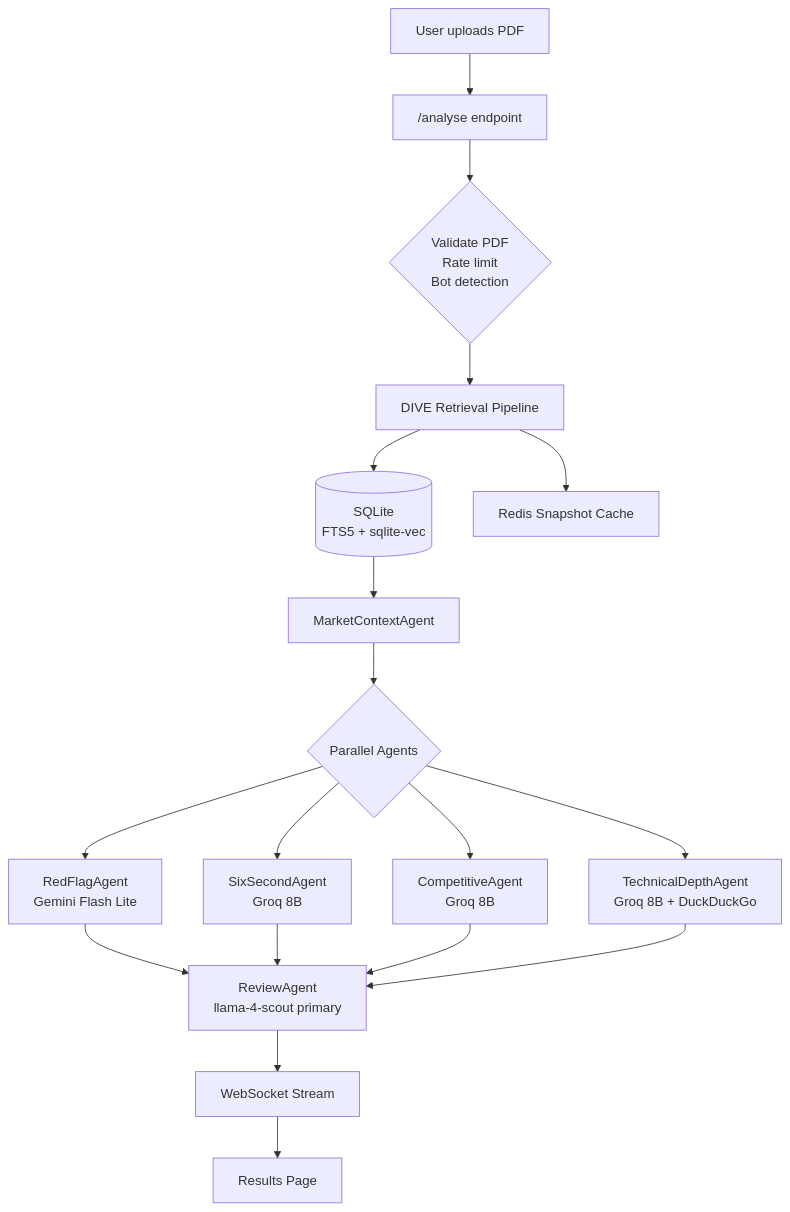
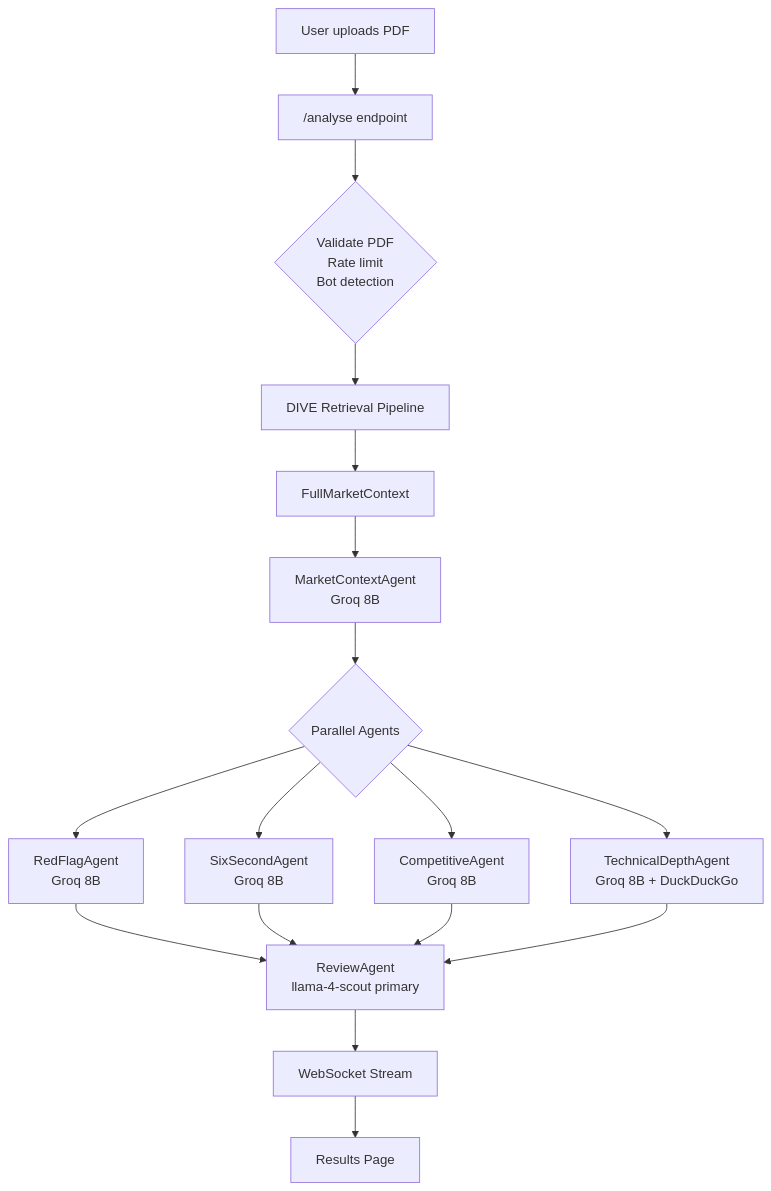
One commit to Sarv2024aimlco/roast changed the first of 4 diagrams in README.md. Above: the diagram before and after it, drawn with Mermaid. The commit also changed other lines of this file and 4 other files, not shown here.

````diff
--- a/README.md
+++ b/README.md
@@ -56,17 +56,16 @@
 ```mermaid
 flowchart TD
     A[User uploads PDF] --> B["/analyse endpoint"]
     B --> C{Validate PDF\nRate limit\nBot detection}
     C --> D[DIVE Retrieval Pipeline]
-    D --> E[(SQLite\nFTS5 + sqlite-vec)]
-    D --> F[Redis Snapshot Cache]
-    E --> G[MarketContextAgent]
+    D --> E[FullMarketContext]
+    E --> G[MarketContextAgent\nGroq 8B]
     G --> H{Parallel Agents}
-    H --> I[RedFlagAgent\nGemini Flash Lite]
+    H --> I[RedFlagAgent\nGroq 8B]
     H --> J[SixSecondAgent\nGroq 8B]
     H --> K[CompetitiveAgent\nGroq 8B]
     H --> L[TechnicalDepthAgent\nGroq 8B + DuckDuckGo]
     I & J & K & L --> M[ReviewAgent\nllama-4-scout primary]
     M --> N[WebSocket Stream]
     N --> O[Results Page]
 ```
````
